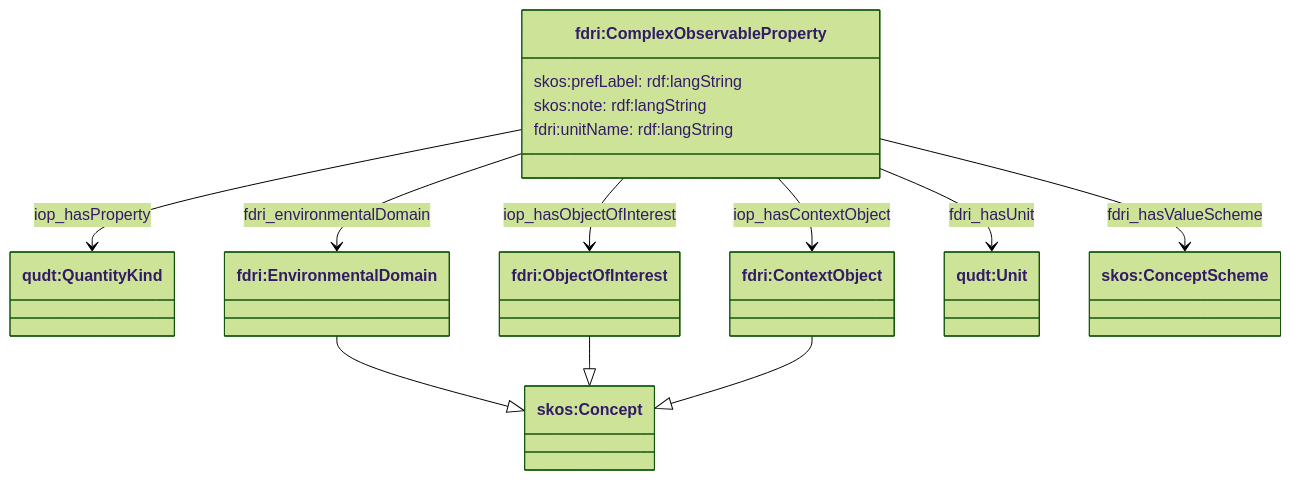
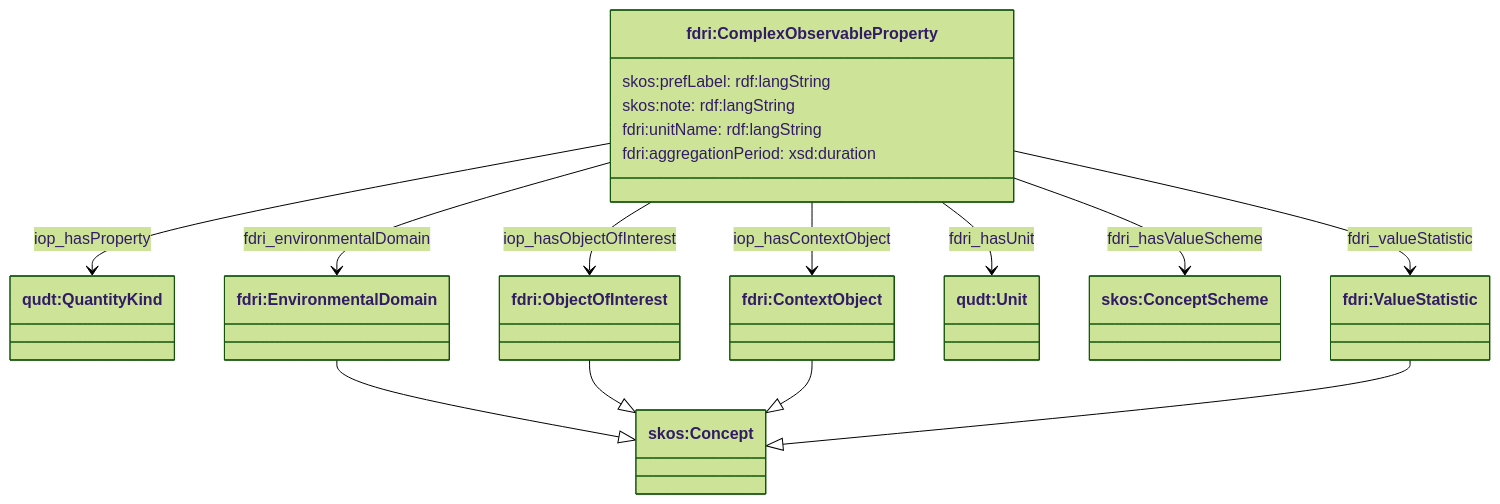
The third of 3 diagrams in ontology/doc/observations-observable-properties.md (NERC-CEH/fdri-ontology), drawn with Mermaid (forest theme) before and after one commit. The commit also changed other lines of this file and 1 other file, not shown here.

Commit message:
Update documentation of aggregationPeriod and valueStatistic

````diff
--- a/ontology/doc/observations-observable-properties.md
+++ b/ontology/doc/observations-observable-properties.md
@@ -95,24 +97,28 @@
 ```mermaid
 classDiagram
   class COP["fdri:ComplexObservableProperty"] {
     skos:prefLabel: rdf:langString
     skos:note: rdf:langString
     fdri:unitName: rdf:langString
+    fdri:aggregationPeriod: xsd:duration
   }
   class QuantityKind["qudt:QuantityKind"]
   class EnvironmentalDomain["fdri:EnvironmentalDomain"]
   class ObjectOfInterest["fdri:ObjectOfInterest"]
   class ContextObject["fdri:ContextObject"]
   class Unit["qudt:Unit"]
   class Concept["skos:Concept"]
   class ConceptScheme["skos:ConceptScheme"]
+  class ValueStatistic["fdri:ValueStatistic"]
   COP --> QuantityKind: iop_hasProperty
   COP --> ObjectOfInterest: iop_hasObjectOfInterest
   COP --> ContextObject: iop_hasContextObject
   COP --> EnvironmentalDomain: fdri_environmentalDomain
   COP --> Unit: fdri_hasUnit
   COP --> ConceptScheme: fdri_hasValueScheme
+  COP --> ValueStatistic: fdri_valueStatistic
   EnvironmentalDomain --|> Concept
   ObjectOfInterest --|> Concept
   ContextObject --|> Concept
+  ValueStatistic --|> Concept
 ```
````
